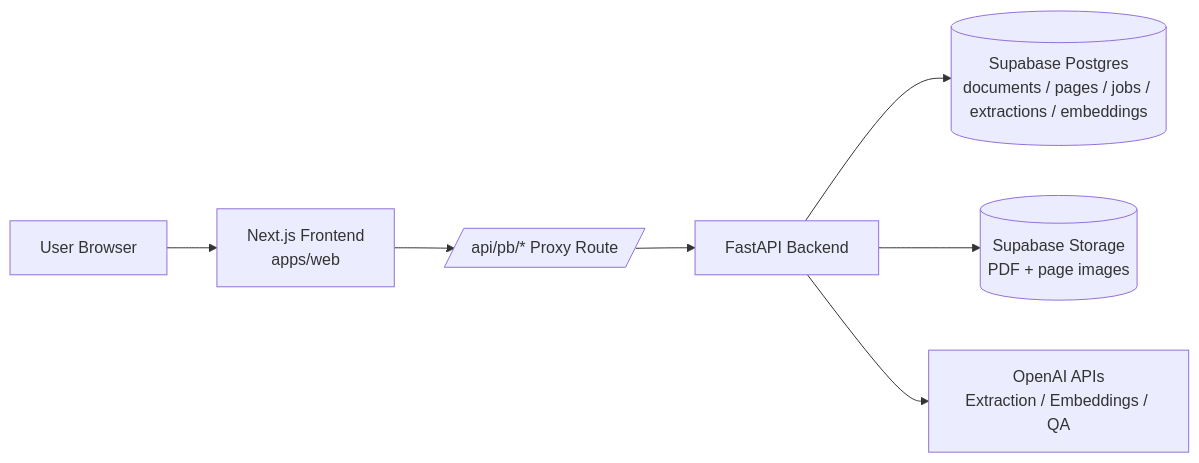
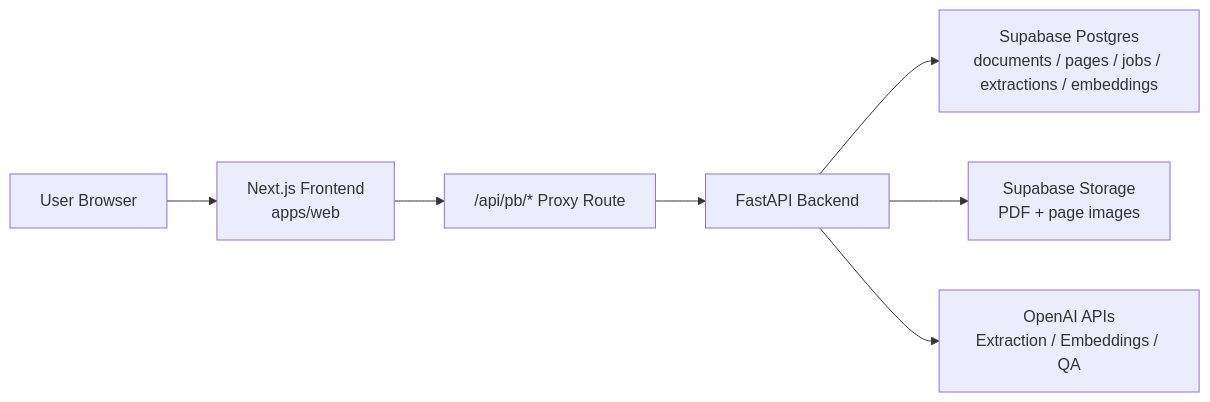
Before and after one commit to LouisDev314/paper-bridge: the first of 2 diagrams in README.md, drawn with Mermaid. The commit also changed other lines of this file, not shown here.

Commit message:
Fix formatting in README.md for flowcharts

````diff
--- a/README.md
+++ b/README.md
@@ -37,12 +37,12 @@
 ```mermaid
 flowchart LR
-  User[User Browser]
+  User["User Browser"]
 
-  User --> Web[Next.js Frontend<br/>apps/web]
-  Web --> Proxy[/api/pb/* Proxy Route/]
-  Proxy --> API[FastAPI Backend]
+  User --> Web["Next.js Frontend<br/>apps/web"]
+  Web --> Proxy["/api/pb/* Proxy Route"]
+  Proxy --> API["FastAPI Backend"]
 
-  API --> DB[(Supabase Postgres<br/>documents / pages / jobs / extractions / embeddings)]
-  API --> Storage[(Supabase Storage<br/>PDF + page images)]
-  API --> OpenAI[OpenAI APIs<br/>Extraction / Embeddings / QA]
+  API --> DB["Supabase Postgres<br/>documents / pages / jobs / extractions / embeddings"]
+  API --> Storage["Supabase Storage<br/>PDF + page images"]
+  API --> OpenAI["OpenAI APIs<br/>Extraction / Embeddings / QA"]
 ```
````
